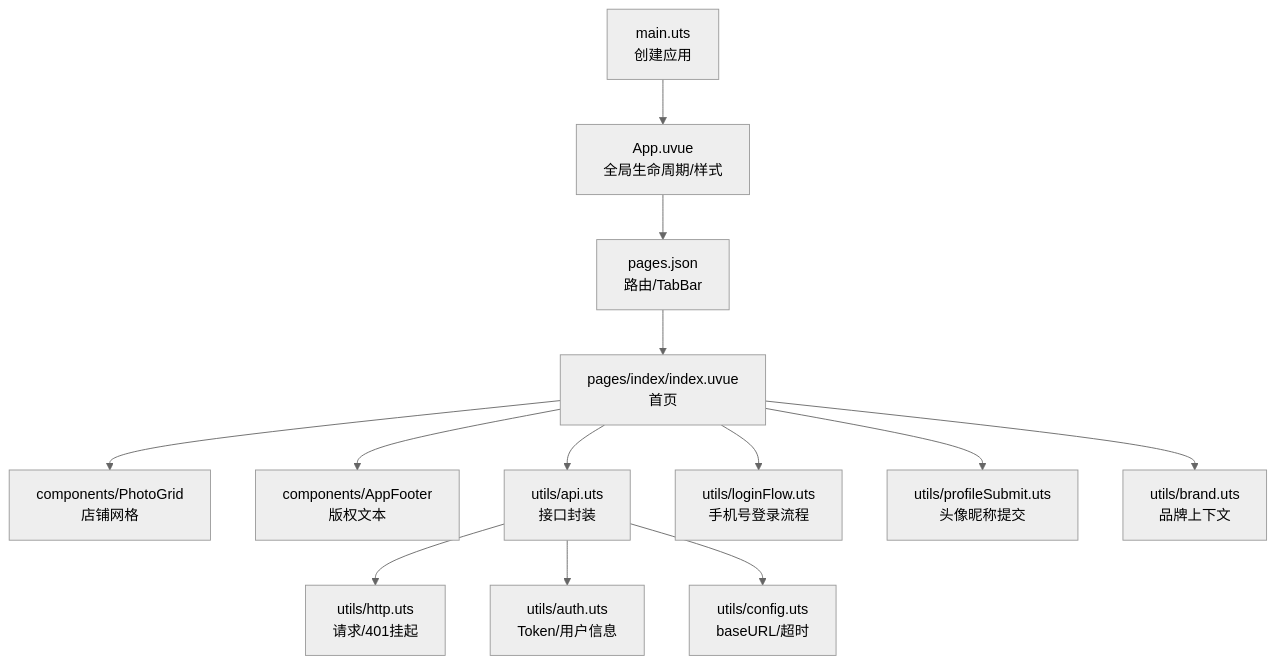
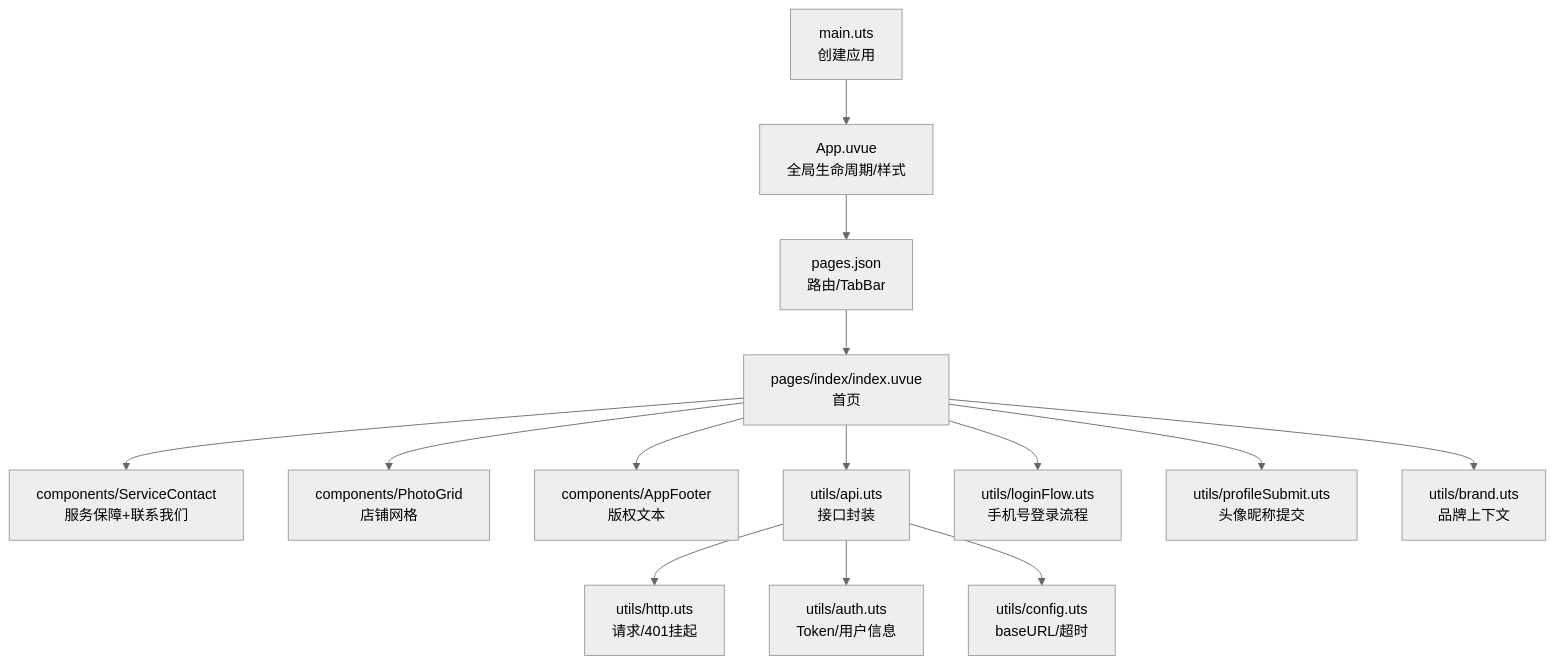
Before and after one commit to crazyma99/blueberry: the first of 4 diagrams in .qoder/repowiki/zh/content/核心功能模块/主页入口增强.md, drawn with Mermaid (neutral theme). The commit also changed other lines of this file and 14 other files, not shown here.

````diff
--- a/.qoder/repowiki/zh/content/核心功能模块/主页入口增强.md
+++ b/.qoder/repowiki/zh/content/核心功能模块/主页入口增强.md
@@ -42,15 +51,16 @@
 ```mermaid
 graph TB
 A["main.uts<br/>创建应用"] --> B["App.uvue<br/>全局生命周期/样式"]
 B --> C["pages.json<br/>路由/TabBar"]
 C --> D["pages/index/index.uvue<br/>首页"]
-D --> E["components/PhotoGrid<br/>店铺网格"]
-D --> F["components/AppFooter<br/>版权文本"]
-D --> G["utils/api.uts<br/>接口封装"]
-G --> H["utils/http.uts<br/>请求/401挂起"]
-G --> I["utils/auth.uts<br/>Token/用户信息"]
-D --> J["utils/loginFlow.uts<br/>手机号登录流程"]
-D --> K["utils/profileSubmit.uts<br/>头像昵称提交"]
-D --> L["utils/brand.uts<br/>品牌上下文"]
-G --> M["utils/config.uts<br/>baseURL/超时"]
+D --> E["components/ServiceContact<br/>服务保障+联系我们"]
+D --> F["components/PhotoGrid<br/>店铺网格"]
+D --> G["components/AppFooter<br/>版权文本"]
+D --> H["utils/api.uts<br/>接口封装"]
+H --> I["utils/http.uts<br/>请求/401挂起"]
+H --> J["utils/auth.uts<br/>Token/用户信息"]
+D --> K["utils/loginFlow.uts<br/>手机号登录流程"]
+D --> L["utils/profileSubmit.uts<br/>头像昵称提交"]
+D --> M["utils/brand.uts<br/>品牌上下文"]
+H --> N["utils/config.uts<br/>baseURL/超时"]
 ```
````
